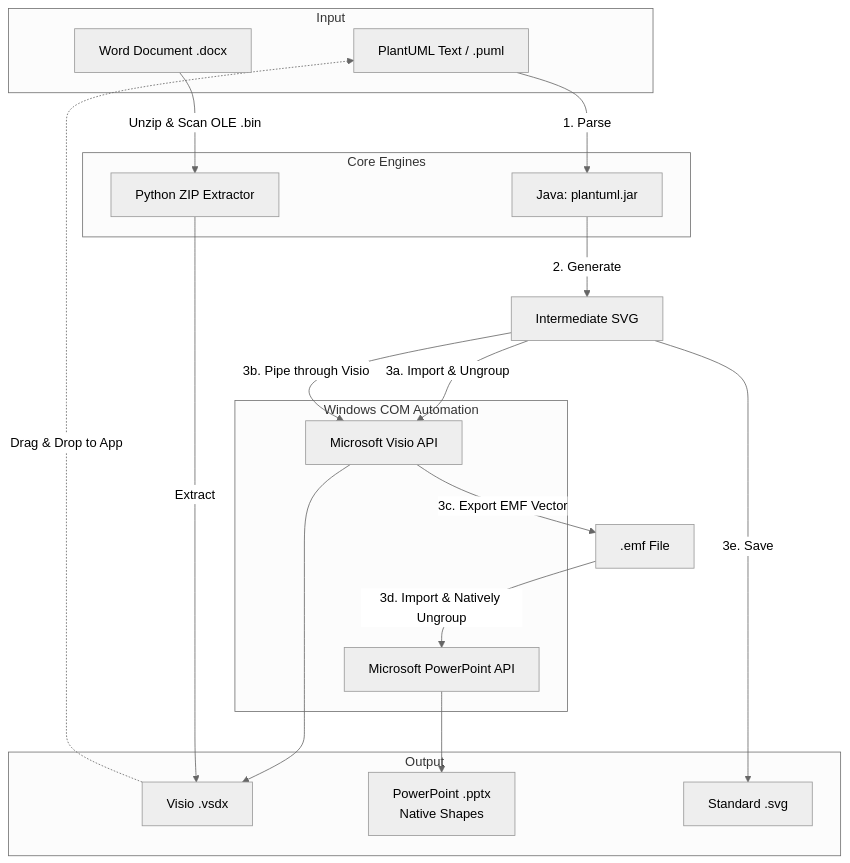
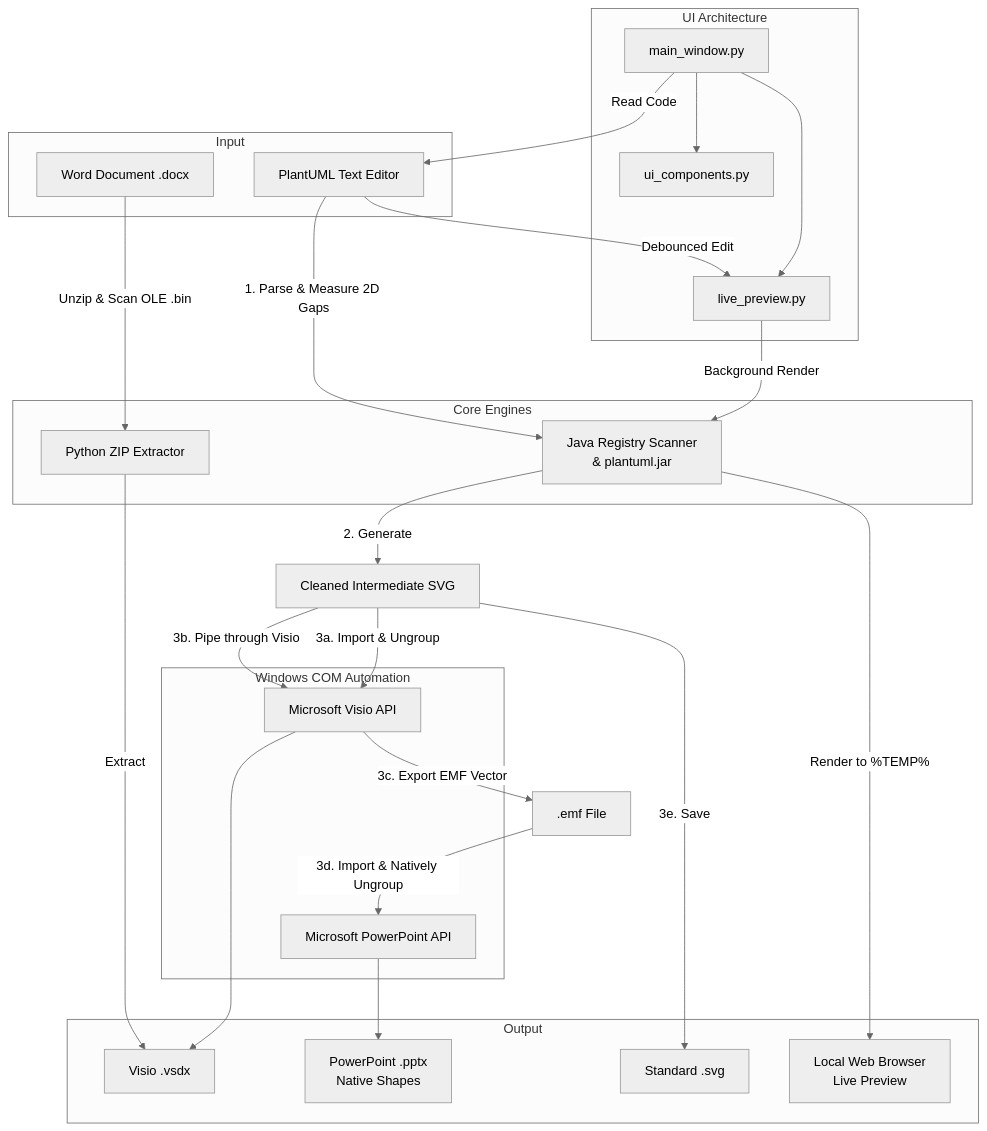
The diagram in puml2visio/README.md (telekom/3gpp-meeting-tools), drawn with Mermaid (neutral theme) before and after one commit. The commit also changed other lines of this file and 3 other files, not shown here.

Commit message:
Added live preview

````diff
--- a/puml2visio/README.md
+++ b/puml2visio/README.md
@@ -35,41 +36,50 @@
 ```mermaid
 graph TD
+    subgraph UI Architecture
+        M[main_window.py] --> UI[ui_components.py]
+        M --> LP[live_preview.py]
+    end
+
     subgraph Input
-        A[PlantUML Text / .puml]
+        A[PlantUML Text Editor]
         W[Word Document .docx]
     end
 
     subgraph Core Engines
-        J[Java: plantuml.jar]
+        J[Java Registry Scanner<br>& plantuml.jar]
         P[Python ZIP Extractor]
     end
 
     subgraph Windows COM Automation
         V[Microsoft Visio API]
         PPT[Microsoft PowerPoint API]
     end
 
     subgraph Output
         OutV[Visio .vsdx]
         OutP[PowerPoint .pptx<br>Native Shapes]
         OutS[Standard .svg]
+        OutB[Local Web Browser<br>Live Preview]
     end
 
-    A -- "1. Parse" --> J
-    J -- "2. Generate" --> SVG[Intermediate SVG]
+    M -- "Read Code" --> A
+    A -- "Debounced Edit" --> LP
+    LP -- "Background Render" --> J
+    J -- "Render to %TEMP%" --> OutB
+
+    A -- "1. Parse & Measure 2D Gaps" --> J
+    J -- "2. Generate" --> SVG[Cleaned Intermediate SVG]
     
     SVG -- "3a. Import & Ungroup" --> V
     V --> OutV
 
     SVG -- "3b. Pipe through Visio" --> V
     V -- "3c. Export EMF Vector" --> EMF[.emf File]
     EMF -- "3d. Import & Natively Ungroup" --> PPT
     PPT --> OutP
 
     SVG -- "3e. Save" --> OutS
     
     W -- "Unzip & Scan OLE .bin" --> P
     P -- "Extract" --> OutV
-
-    OutV -. "Drag & Drop to App" .-> A
 ```
````
